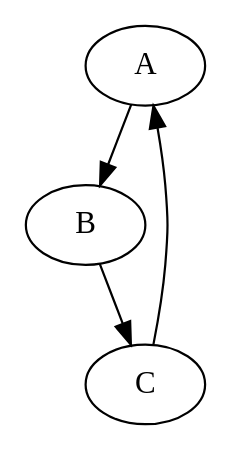
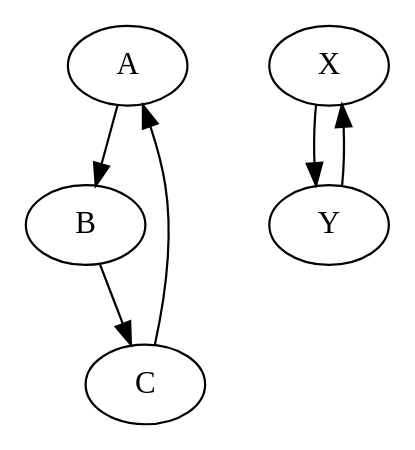
Before and after one commit to aryan-b-shah/graph-processing: the diagram in output.dot, drawn with Graphviz. The commit also changed 5 other files, not shown here.

```diff
--- a/output.dot
+++ b/output.dot
@@ -1,8 +1,12 @@
 digraph G {
 	A;
 	B;
 	C;
+	X;
+	Y;
 	A -> B;
 	B -> C;
 	C -> A;
+	X -> Y;
+	Y -> X;
 }
```
